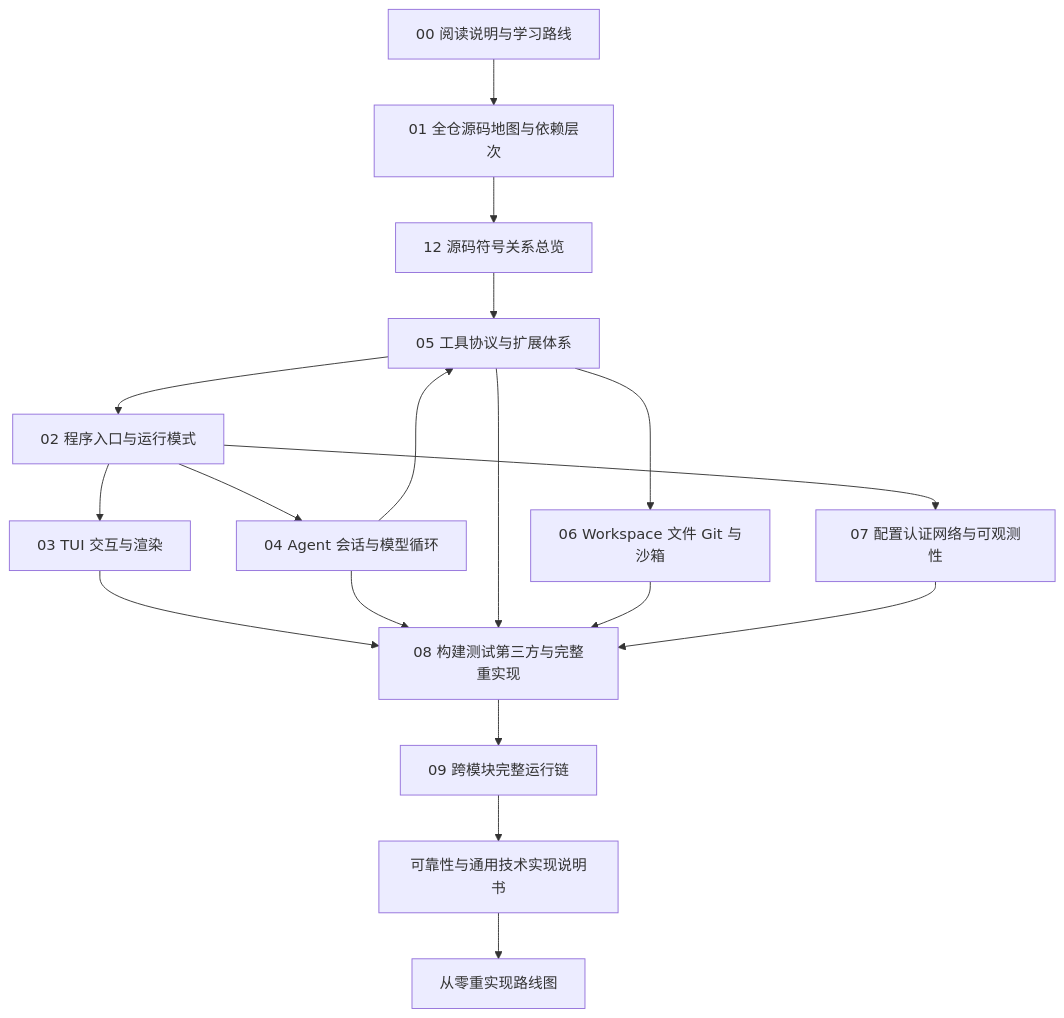
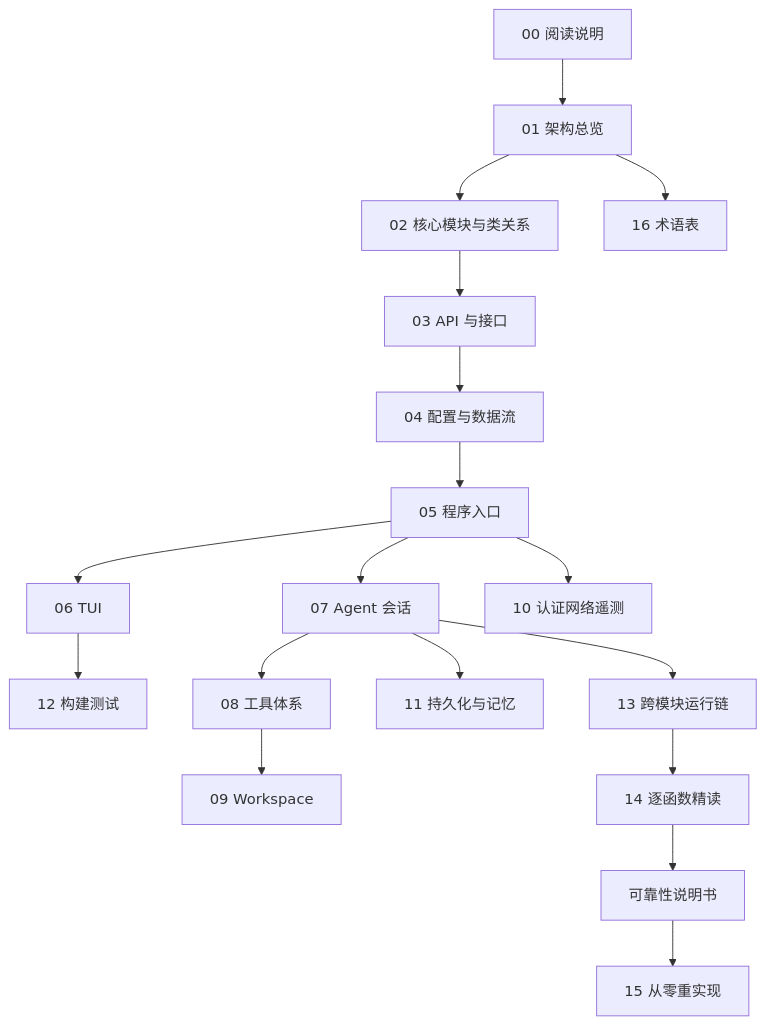
Before and after one commit to adrian9778/grok-build: the second of 2 diagrams in docs/adrian/sourceReader/00-阅读说明与学习路线.md, drawn with Mermaid. The commit also changed other lines of this file and 41 other files, not shown here.

````diff
--- a/docs/adrian/sourceReader/00-阅读说明与学习路线.md
+++ b/docs/adrian/sourceReader/00-阅读说明与学习路线.md
@@ -53,20 +93,20 @@
 ```mermaid
 flowchart TD
-    A["00 阅读说明与学习路线"] --> B["01 全仓源码地图与依赖层次"]
-    B --> R["12 源码符号关系总览"]
-    R --> F["13 关键调用链逐函数精读"]
-    F --> C["02 程序入口与运行模式"]
-    C --> D["03 TUI 交互与渲染"]
-    C --> E["04 Agent 会话与模型循环"]
-    E --> F["05 工具协议与扩展体系"]
-    F --> G["06 Workspace 文件 Git 与沙箱"]
-    C --> H["07 配置认证网络与可观测性"]
-    D --> I["08 构建测试第三方与完整重实现"]
-    E --> I
-    F --> I
-    G --> I
-    H --> I
-    I --> J["09 跨模块完整运行链"]
-    J --> K["可靠性与通用技术实现说明书"]
-    K --> L["从零重实现路线图"]
+    A["00 阅读说明"] --> B["01 架构总览"]
+    B --> C["02 核心模块与类关系"]
+    C --> D["03 API 与接口"]
+    D --> E["04 配置与数据流"]
+    E --> F["05 程序入口"]
+    F --> G["06 TUI"]
+    F --> H["07 Agent 会话"]
+    H --> I["08 工具体系"]
+    I --> J["09 Workspace"]
+    F --> K["10 认证网络遥测"]
+    H --> L["11 持久化与记忆"]
+    G --> M["12 构建测试"]
+    H --> N["13 跨模块运行链"]
+    N --> O["14 逐函数精读"]
+    O --> P["可靠性说明书"]
+    P --> Q["15 从零重实现"]
+    B --> R["16 术语表"]
 ```
````
